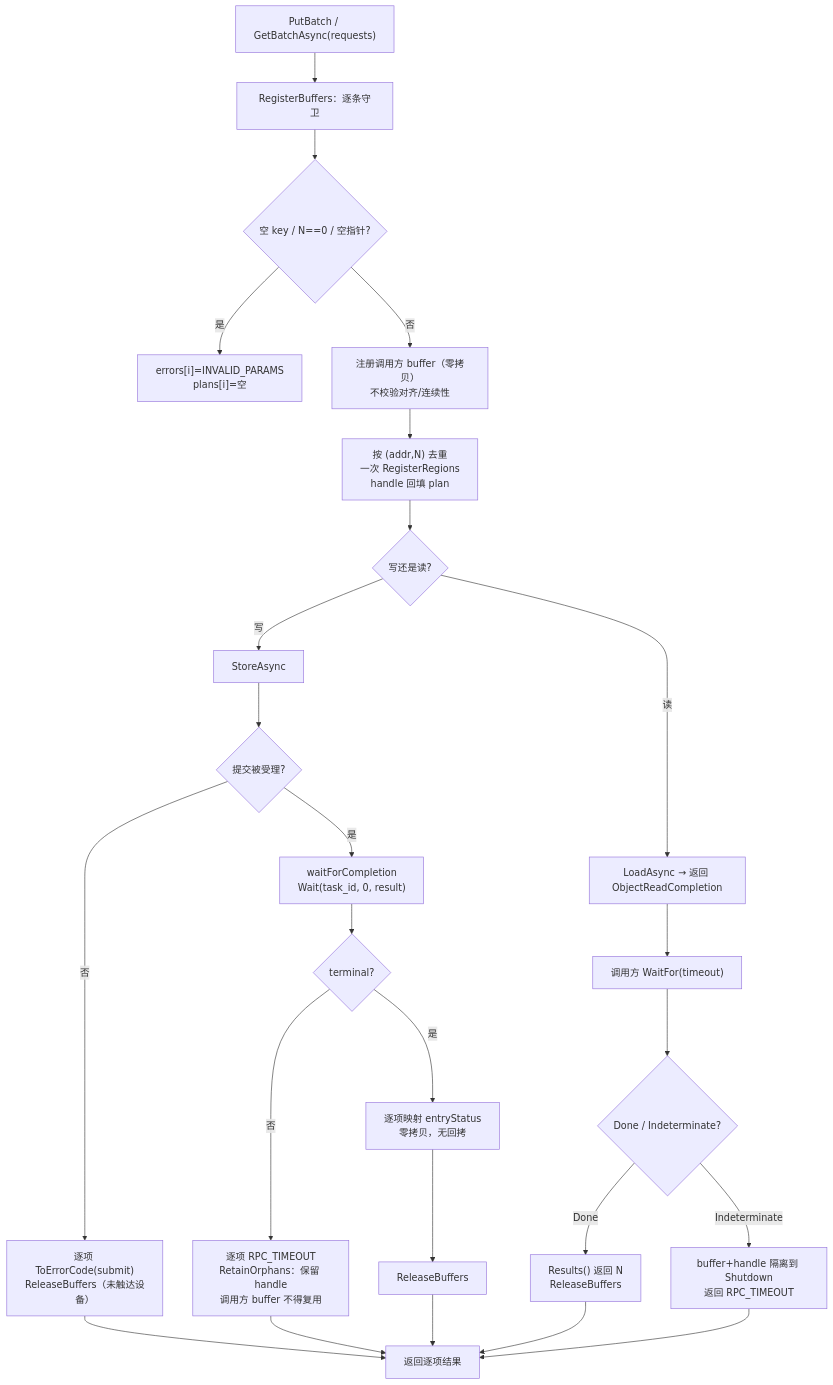
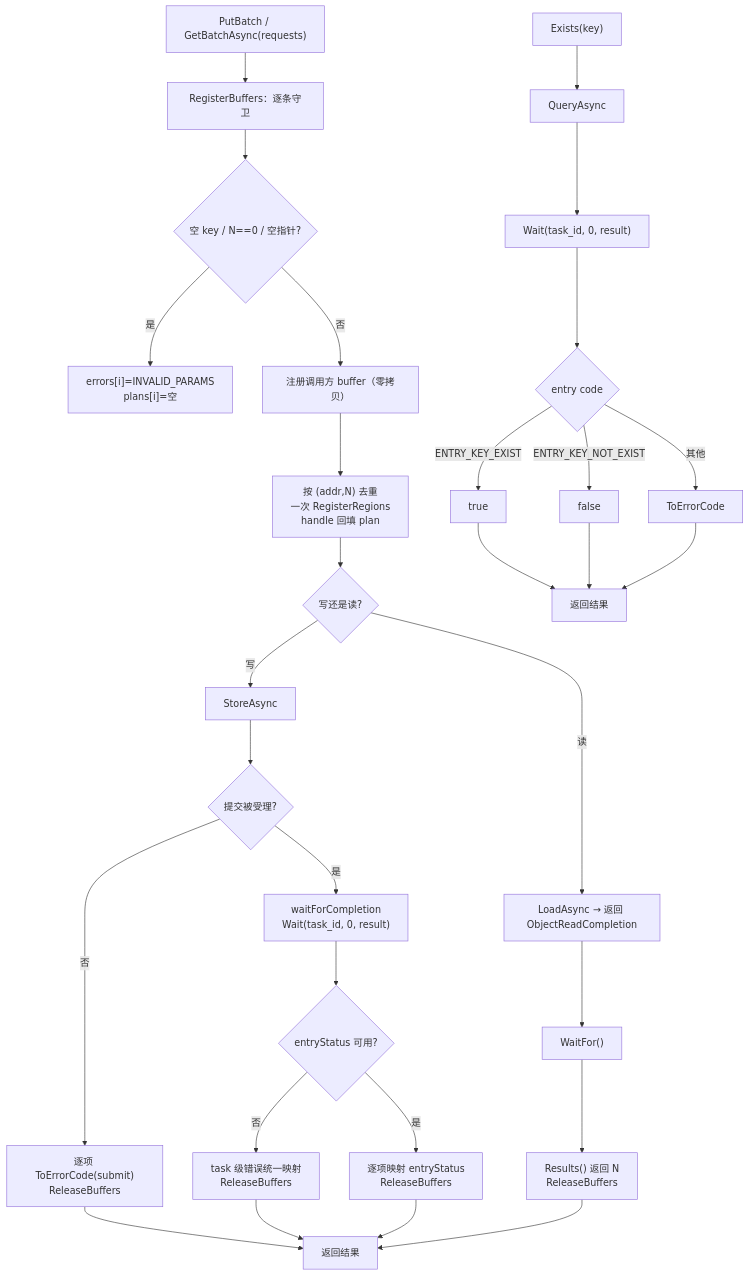
Before and after one commit to zwj20000328-dotcom/Mooncake-documents: the fifth of 11 diagrams in Mooncake + KVClient L3 接入（Kvcs）- PR 实施设计.md, drawn with Mermaid. The commit also changed other lines of this file and 2 other files, not shown here.

Commit message:
docs: leave validation and timeout to the kvclient SDK

````diff
--- a/Mooncake + KVClient L3 接入（Kvcs）- PR 实施设计.md
+++ b/Mooncake + KVClient L3 接入（Kvcs）- PR 实施设计.md
@@ -649,27 +649,32 @@
 ```mermaid
 flowchart TB
     A["PutBatch / GetBatchAsync(requests)"] --> B["RegisterBuffers：逐条守卫"]
     B --> C{"空 key / N==0 / 空指针?"}
     C -->|是| E["errors[i]=INVALID_PARAMS<br/>plans[i]=空"]
-    C -->|否| D["注册调用方 buffer（零拷贝）<br/>不校验对齐/连续性"]
+    C -->|否| D["注册调用方 buffer（零拷贝）"]
     D --> REG["按 (addr,N) 去重<br/>一次 RegisterRegions<br/>handle 回填 plan"]
     REG --> SUB{"写还是读?"}
     SUB -->|写| STORE["StoreAsync"]
     STORE --> SUBOK{"提交被受理?"}
-    SUBOK -->|否| SUBFAIL["逐项 ToErrorCode(submit)<br/>ReleaseBuffers（未触达设备）"]
+    SUBOK -->|否| SUBFAIL["逐项 ToErrorCode(submit)<br/>ReleaseBuffers"]
     SUBOK -->|是| WAIT["waitForCompletion<br/>Wait(task_id, 0, result)"]
-    WAIT --> TERM{"terminal?"}
-    TERM -->|否| KEEP["逐项 RPC_TIMEOUT<br/>RetainOrphans：保留 handle<br/>调用方 buffer 不得复用"]
-    TERM -->|是| MAPW["逐项映射 entryStatus<br/>零拷贝，无回拷"]
-    MAPW --> RELW["ReleaseBuffers"]
+    WAIT --> TERM{"entryStatus 可用?"}
+    TERM -->|否| TASKE["task 级错误统一映射<br/>ReleaseBuffers"]
+    TERM -->|是| MAPW["逐项映射 entryStatus<br/>ReleaseBuffers"]
     SUB -->|读| LOAD["LoadAsync → 返回 ObjectReadCompletion"]
-    LOAD --> OUTER["调用方 WaitFor(timeout)"]
-    OUTER --> RTERM{"Done / Indeterminate?"}
-    RTERM -->|Done| MAPR["Results() 返回 N<br/>ReleaseBuffers"]
-    RTERM -->|Indeterminate| KEEPR["buffer+handle 隔离到 Shutdown<br/>返回 RPC_TIMEOUT"]
-    KEEP --> END["返回逐项结果"]
-    KEEPR --> END
-    RELW --> END
+    LOAD --> OUTER["WaitFor()"]
+    OUTER --> MAPR["Results() 返回 N<br/>ReleaseBuffers"]
+    X["Exists(key)"] --> XQ["QueryAsync"]
+    XQ --> XW["Wait(task_id, 0, result)"]
+    XW --> XC{"entry code"}
+    XC -->|"ENTRY_KEY_EXIST"| XT["true"]
+    XC -->|"ENTRY_KEY_NOT_EXIST"| XF["false"]
+    XC -->|其他| XE["ToErrorCode"]
+    TASKE --> END["返回结果"]
+    MAPW --> END
     MAPR --> END
     SUBFAIL --> END
+    XT --> XEND["返回结果"]
+    XF --> XEND
+    XE --> XEND
 ```
````
